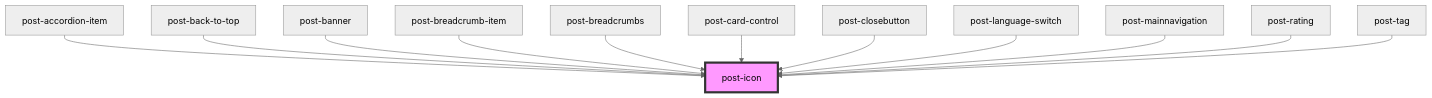
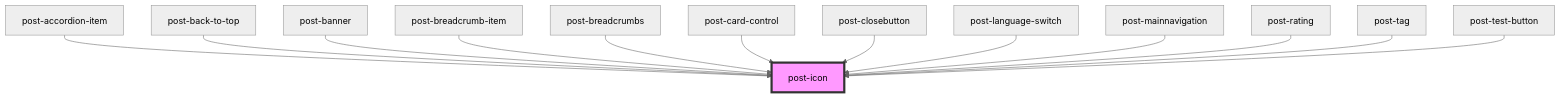
The diagram in packages/components/src/components/post-icon/readme.md (swisspost/design-system), drawn with Mermaid (neutral theme) before and after one commit. The commit also changed other lines of this file and 42 other files, not shown here.

````diff
--- a/packages/components/src/components/post-icon/readme.md
+++ b/packages/components/src/components/post-icon/readme.md
@@ -38,15 +39,16 @@
 ```mermaid
 graph TD;
   post-accordion-item --> post-icon
   post-back-to-top --> post-icon
   post-banner --> post-icon
   post-breadcrumb-item --> post-icon
   post-breadcrumbs --> post-icon
   post-card-control --> post-icon
   post-closebutton --> post-icon
   post-language-switch --> post-icon
   post-mainnavigation --> post-icon
   post-rating --> post-icon
   post-tag --> post-icon
+  post-test-button --> post-icon
   style post-icon fill:#f9f,stroke:#333,stroke-width:4px
 ```
````
